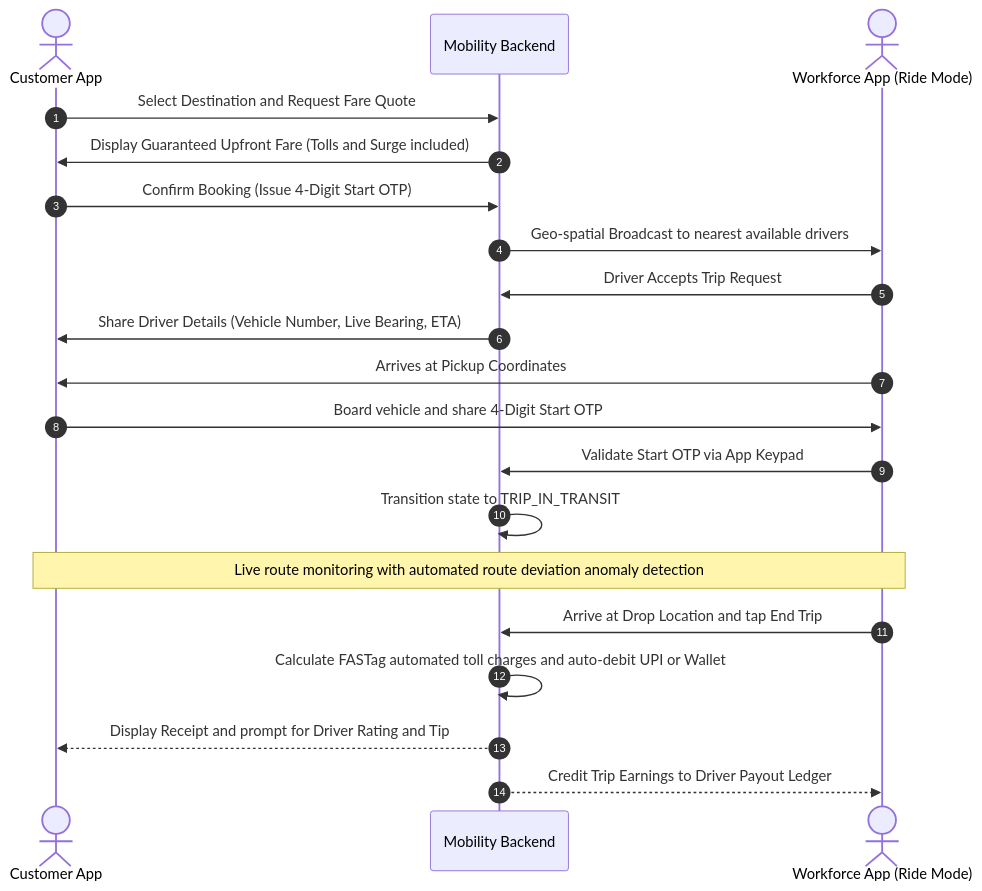
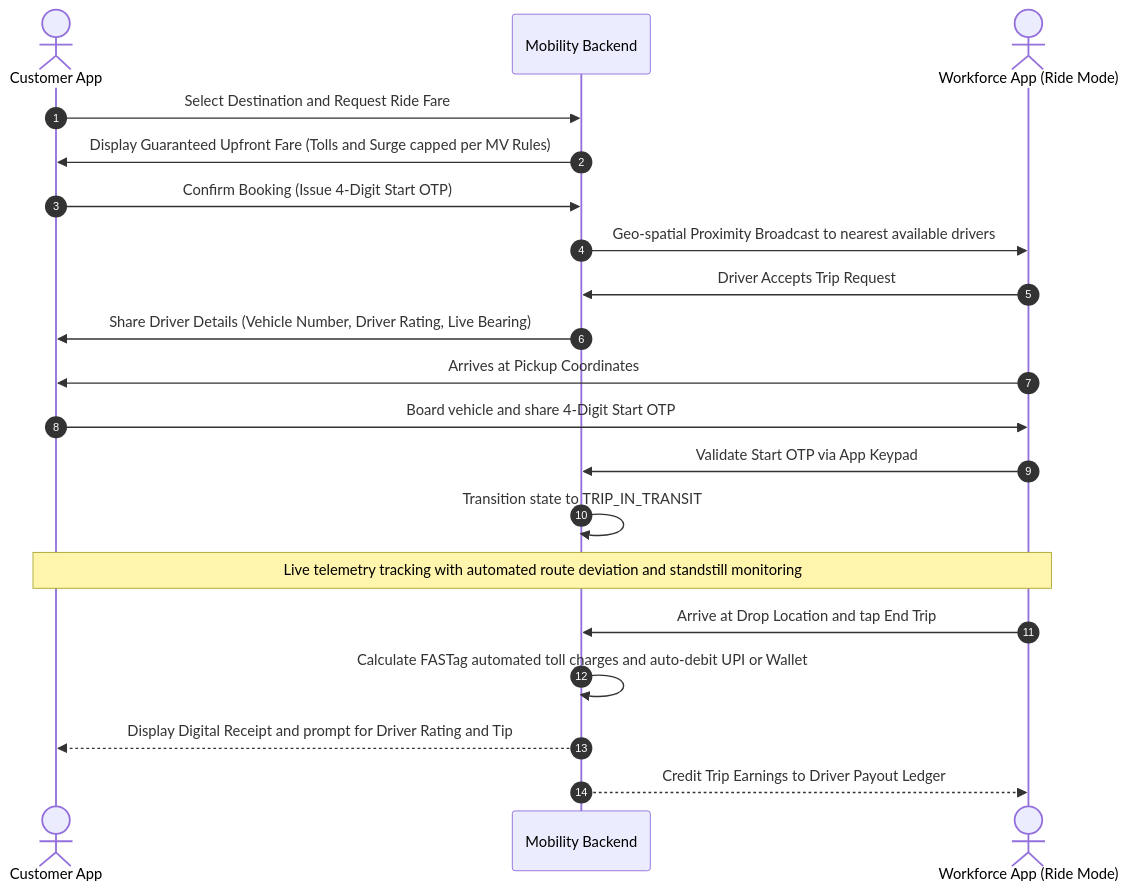
The tenth of 17 diagrams in docs/06_visual_hierarchy_and_flows/high_level_visual_hierarchy.md (programmerfiroz/all-in-one), drawn with Mermaid before and after one commit. The commit also changed other lines of this file, not shown here.

Commit message:
docs: finalize exhaustive visual hierarchy blueprint (VHB-IND-V1.1) with 17 verified mermaid diagrams

````diff
--- a/docs/06_visual_hierarchy_and_flows/high_level_visual_hierarchy.md
+++ b/docs/06_visual_hierarchy_and_flows/high_level_visual_hierarchy.md
@@ -200,27 +346,27 @@
 ```mermaid
 sequenceDiagram
     autonumber
     actor Rider as Customer App
     participant Back as Mobility Backend
     actor Driver as Workforce App (Ride Mode)
 
-    Rider->>Back: Select Destination and Request Fare Quote
-    Back->>Rider: Display Guaranteed Upfront Fare (Tolls and Surge included)
+    Rider->>Back: Select Destination and Request Ride Fare
+    Back->>Rider: Display Guaranteed Upfront Fare (Tolls and Surge capped per MV Rules)
     Rider->>Back: Confirm Booking (Issue 4-Digit Start OTP)
     
-    Back->>Driver: Geo-spatial Broadcast to nearest available drivers
+    Back->>Driver: Geo-spatial Proximity Broadcast to nearest available drivers
     Driver->>Back: Driver Accepts Trip Request
-    Back->>Rider: Share Driver Details (Vehicle Number, Live Bearing, ETA)
+    Back->>Rider: Share Driver Details (Vehicle Number, Driver Rating, Live Bearing)
     
     Driver->>Rider: Arrives at Pickup Coordinates
     Rider->>Driver: Board vehicle and share 4-Digit Start OTP
     Driver->>Back: Validate Start OTP via App Keypad
     Back->>Back: Transition state to TRIP_IN_TRANSIT
     
-    Note over Driver,Rider: Live route monitoring with automated route deviation anomaly detection
+    Note over Driver,Rider: Live telemetry tracking with automated route deviation and standstill monitoring
     
     Driver->>Back: Arrive at Drop Location and tap End Trip
     Back->>Back: Calculate FASTag automated toll charges and auto-debit UPI or Wallet
-    Back-->>Rider: Display Receipt and prompt for Driver Rating and Tip
+    Back-->>Rider: Display Digital Receipt and prompt for Driver Rating and Tip
     Back-->>Driver: Credit Trip Earnings to Driver Payout Ledger
 ```
````
